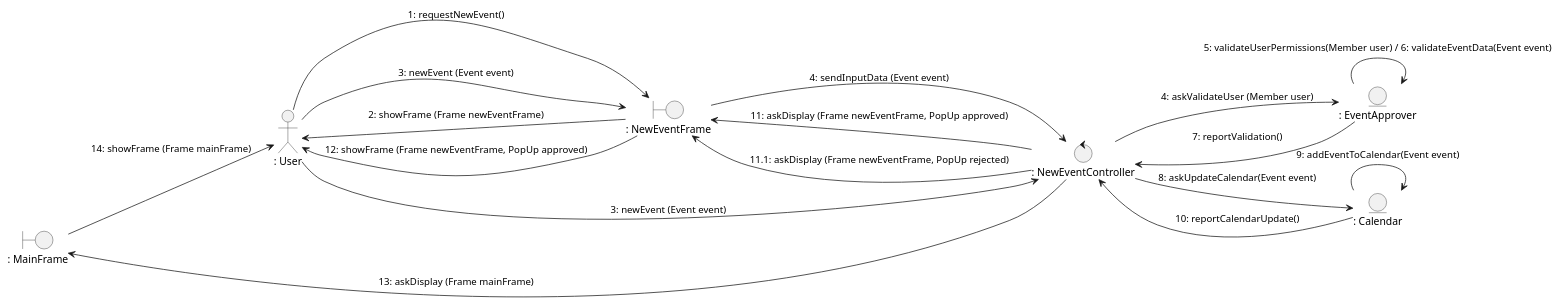
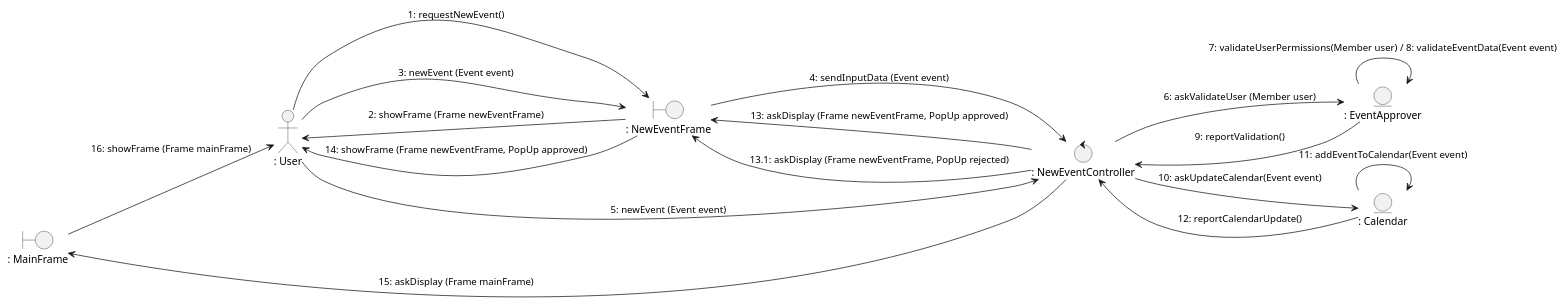
One commit to Danfloca02/ProyectoFacUpdate changed the diagram in docs/logicalView/analysisView/usecaseAnalysis/collaborationDiagram/PlantUML/uc5_createEvent.plantuml. Above: the diagram before and after it, drawn with PlantUML. The commit also changed 7 other files, not shown here.

Commit message:
Updated class_ diagram from Class Analysis, updated PackageDiagram and README

```diff
--- a/docs/logicalView/analysisView/usecaseAnalysis/collaborationDiagram/PlantUML/uc5_createEvent.plantuml
+++ b/docs/logicalView/analysisView/usecaseAnalysis/collaborationDiagram/PlantUML/uc5_createEvent.plantuml
@@ -1,29 +1,29 @@
-@startuml uc4_createEvent
+@startuml uc5_createEvent
 
 left to right direction
 
 actor ": User" as user
 boundary ": NewEventFrame" as vis
 boundary ": MainFrame" as main
 entity ": EventApprover" as mod
 entity ": Calendar" as cal
 control ": NewEventController" as con
 
 user --> vis : 1: requestNewEvent()
 vis --> user : 2: showFrame (Frame newEventFrame)
 user --> vis : 3: newEvent (Event event)
 vis --> con : 4: sendInputData (Event event)
-user --> con : 3: newEvent (Event event)
-con --> mod : 4: askValidateUser (Member user)
-mod --> mod : 5: validateUserPermissions(Member user) / 6: validateEventData(Event event)
-mod --> con : 7: reportValidation()
-con --> cal : 8: askUpdateCalendar(Event event)
-cal --> cal : 9: addEventToCalendar(Event event)
-cal --> con : 10: reportCalendarUpdate()
-con --> vis : 11: askDisplay (Frame newEventFrame, PopUp approved)
-con --> vis : 11.1: askDisplay (Frame newEventFrame, PopUp rejected)
-vis --> user : 12: showFrame (Frame newEventFrame, PopUp approved)
-con -up-> main : 13: askDisplay (Frame mainFrame)
-main --> user : 14: showFrame (Frame mainFrame)
+user --> con : 5: newEvent (Event event)
+con --> mod : 6: askValidateUser (Member user)
+mod --> mod : 7: validateUserPermissions(Member user) / 8: validateEventData(Event event)
+mod --> con : 9: reportValidation()
+con --> cal : 10: askUpdateCalendar(Event event)
+cal --> cal : 11: addEventToCalendar(Event event)
+cal --> con : 12: reportCalendarUpdate()
+con --> vis : 13: askDisplay (Frame newEventFrame, PopUp approved)
+con --> vis : 13.1: askDisplay (Frame newEventFrame, PopUp rejected)
+vis --> user : 14: showFrame (Frame newEventFrame, PopUp approved)
+con -up-> main : 15: askDisplay (Frame mainFrame)
+main --> user : 16: showFrame (Frame mainFrame)
 
 @enduml
```
